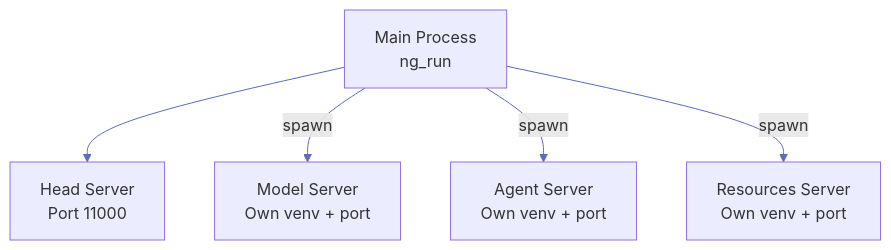
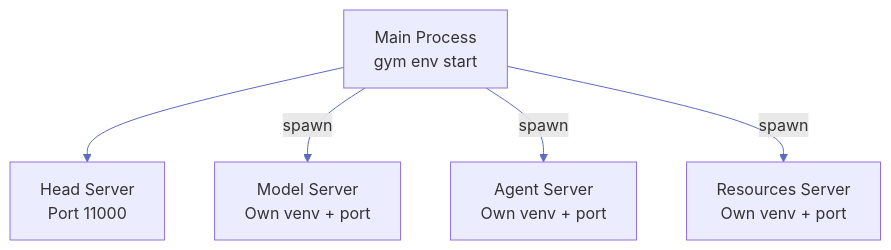
One commit to NVIDIA-NeMo/Gym changed the second of 4 diagrams in fern/versions/latest/pages/infrastructure/engineering-notes/system-design.mdx. Above: the diagram before and after it, drawn with Mermaid. The commit also changed other lines of this file and 253 other files, not shown here.

````diff
--- a/fern/versions/latest/pages/infrastructure/engineering-notes/system-design.mdx
+++ b/fern/versions/latest/pages/infrastructure/engineering-notes/system-design.mdx
@@ -45,14 +47,14 @@
 ```mermaid
 %%{init: {'theme': 'default', 'themeVariables': { 'lineColor': '#5c6bc0', 'primaryTextColor': '#333'}}}%%
 flowchart TB
-    Main["Main Process<br/>ng_run"]
+    Main["Main Process<br/>gym env start"]
     Head["Head Server<br/>Port 11000"]
     Model["Model Server<br/>Own venv + port"]
     Agent["Agent Server<br/>Own venv + port"]
     Resources["Resources Server<br/>Own venv + port"]
     
     Main --> Head
     Main -->|spawn| Model
     Main -->|spawn| Agent
     Main -->|spawn| Resources
 ```
````
